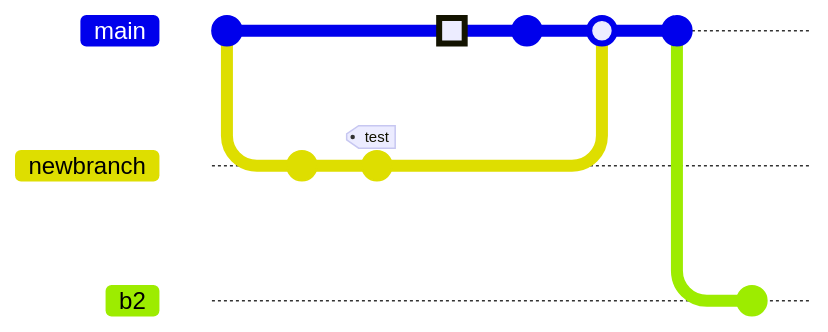
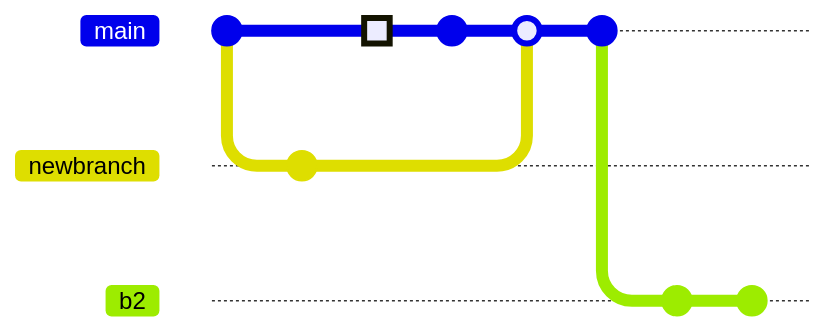
Before and after one commit to aiAdrian/flatland_solver_policy: the second of 2 diagrams in README.md, drawn with Mermaid. Commit ids are hidden.

````diff
--- a/README.md
+++ b/README.md
@@ -32,15 +32,15 @@
 ```mermaid
 gitGraph:
     commit "Ashish"
     branch newbranch
     checkout newbranch
-    commit id:"1111"
-    commit tag:"test"
+    commit id:"1111" 
     checkout main
     commit type: HIGHLIGHT
-    commit
+    commit id:"22222" 
     merge newbranch
-    commit
+    commit id:"3333" 
     branch b2
-    commit
+    commit id:"4444"
+    commit id:"5555"  
 ```
````
